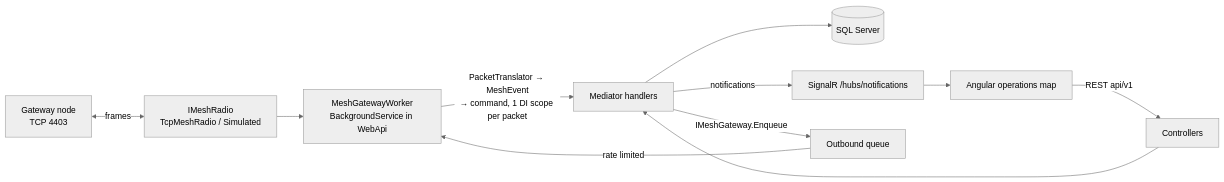
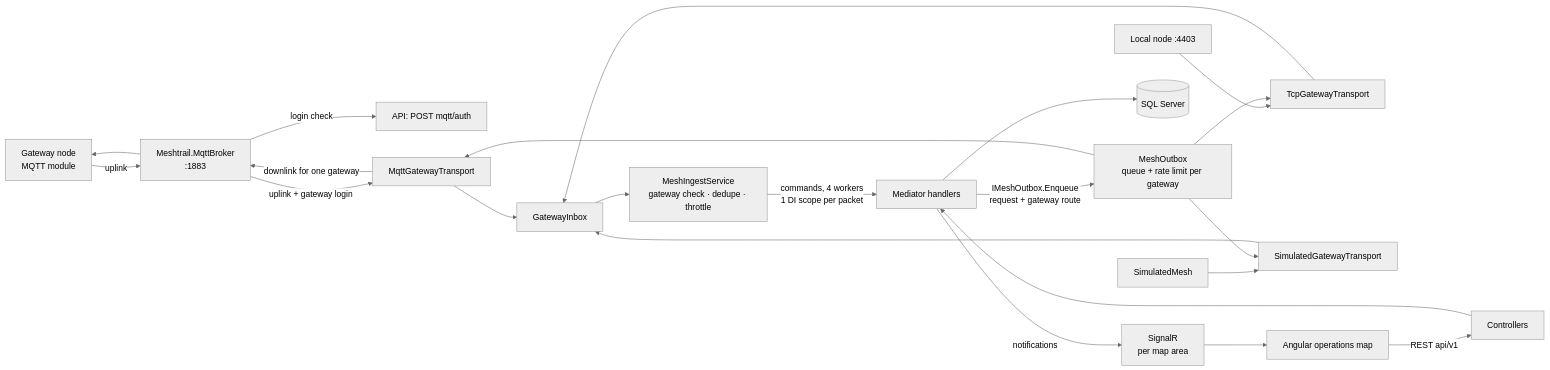
The first of 5 diagrams in Documentation/Mesh/README.md (PieterTaelman/MeshTrail), drawn with Mermaid (neutral theme) before and after one commit. The commit also changed other lines of this file and 227 other files, not shown here.

````diff
--- a/Documentation/Mesh/README.md
+++ b/Documentation/Mesh/README.md
@@ -36,11 +47,18 @@
 ```mermaid
 flowchart LR
-    R[Gateway node<br/>TCP 4403] <-->|frames| T[IMeshRadio<br/>TcpMeshRadio / Simulated]
-    T --> W[MeshGatewayWorker<br/>BackgroundService in WebApi]
-    W -->|PacketTranslator → MeshEvent<br/>→ command, 1 DI scope per packet| M[Mediator handlers]
+    G1[Gateway node<br/>MQTT module] -->|uplink| B[Meshtrail.MqttBroker<br/>:1883]
+    B -->|login check| AUTH[API: POST mqtt/auth]
+    B -->|uplink + gateway login| MT[MqttGatewayTransport]
+    TCP[Local node :4403] --> TT[TcpGatewayTransport]
+    SIM[SimulatedMesh] --> ST[SimulatedGatewayTransport]
+    MT & TT & ST --> IN[GatewayInbox]
+    IN --> I[MeshIngestService<br/>gateway check · dedupe · throttle]
+    I -->|commands, 4 workers<br/>1 DI scope per packet| M[Mediator handlers]
     M --> D[(SQL Server)]
-    M -->|notifications| S[SignalR /hubs/notifications]
+    M -->|notifications| S[SignalR<br/>per map area]
     S --> A[Angular operations map]
     A -->|REST api/v1| C[Controllers] --> M
-    M -->|IMeshGateway.Enqueue| Q[Outbound queue] -->|rate limited| W
+    M -->|IMeshOutbox.Enqueue<br/>request + gateway route| O[MeshOutbox<br/>queue + rate limit per gateway]
+    O --> MT & TT & ST
+    MT -->|downlink for one gateway| B --> G1
 ```
````
